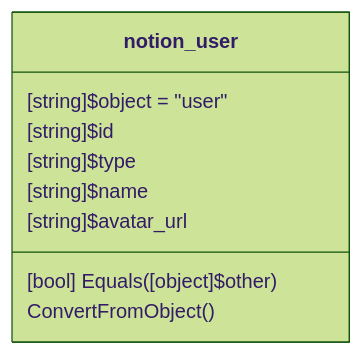
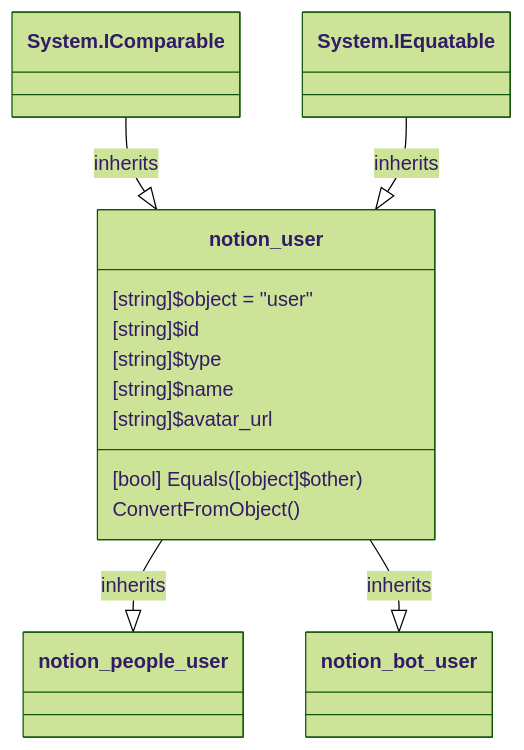
Before and after one commit to fasteiner/Notion: the diagram in source/WikiSource/Classes/User/01_user.md, drawn with Mermaid (forest theme). The commit also changed other lines of this file and 80 other files, not shown here.

````diff
--- a/source/WikiSource/Classes/User/01_user.md
+++ b/source/WikiSource/Classes/User/01_user.md
@@ -5,12 +5,17 @@
 ```mermaid
 classDiagram
     class notion_user {
         [string]$object = "user"
         [string]$id
         [string]$type
         [string]$name
         [string]$avatar_url
         [bool] Equals([object]$other)
         ConvertFromObject()
     }
+
+    `notion_user` --|> `notion_people_user`:inherits
+    `notion_user` --|> `notion_bot_user`:inherits
+    `System.IComparable` --|> `notion_user`:inherits
+    `System.IEquatable` --|> `notion_user`:inherits
 ```
````
